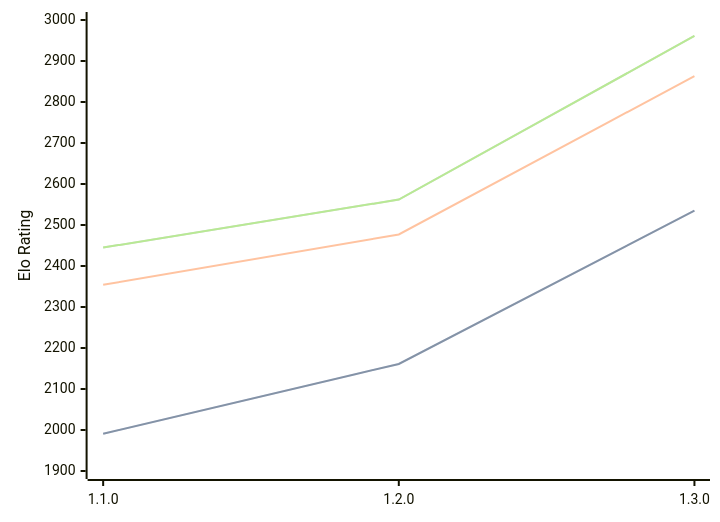
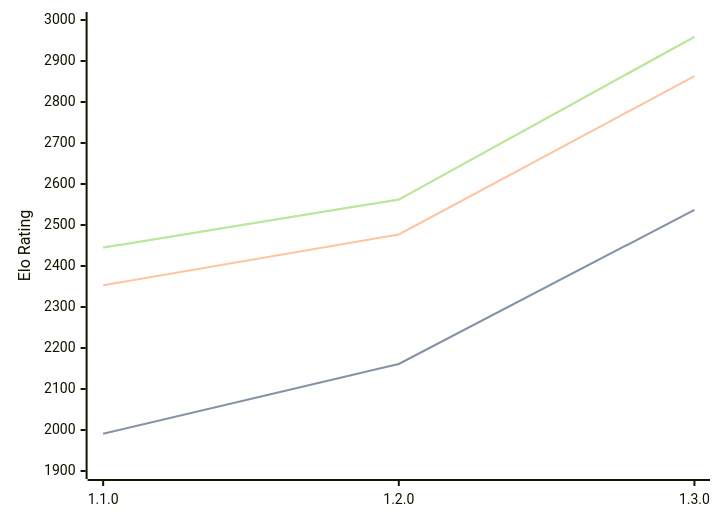
The diagram in engines/Gyatso.md (computer-chess-index/cci), drawn with Mermaid before and after one commit. The commit also changed other lines of this file, not shown here.

Commit message:
Update CCI Ratings (ELO VLTC) - 2026-04-28

````diff
--- a/engines/Gyatso.md
+++ b/engines/Gyatso.md
@@ -34,11 +34,11 @@
 ```mermaid
 %%{init: {"theme":"base","themeVariables":{"seriesColors:['#a3a3a3','#222221','#faa371']}}}%%
 xychart-beta
   x-axis ["1.1.0", "1.2.0", "1.3.0"]
   y-axis "Elo Rating" 1900 --> 3000
-  line "STC (8.0+0.08s)" [1991, 2161, 2535]
-  line "STC (8.0+0.08s)" [1991, 2161, 2535]
-  line "LTC (60.0+0.60s)" [2354, 2477, 2863]
-  line "VLTC (2m24s+1.12s)" [2445, 2562, 2961]
-  line "VLTC (2m24s+1.12s)" [2445, 2562, 2961]
+  line "STC (8.0+0.08s)" [1991, 2161, 2537]
+  line "STC (8.0+0.08s)" [1991, 2161, 2537]
+  line "LTC (60.0+0.60s)" [2353, 2477, 2863]
+  line "VLTC (2m24s+1.12s)" [2445, 2562, 2959]
+  line "VLTC (2m24s+1.12s)" [2445, 2562, 2959]
 ```
````
